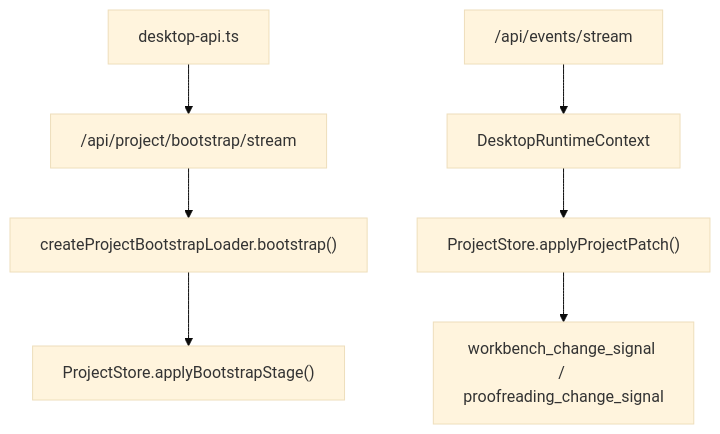
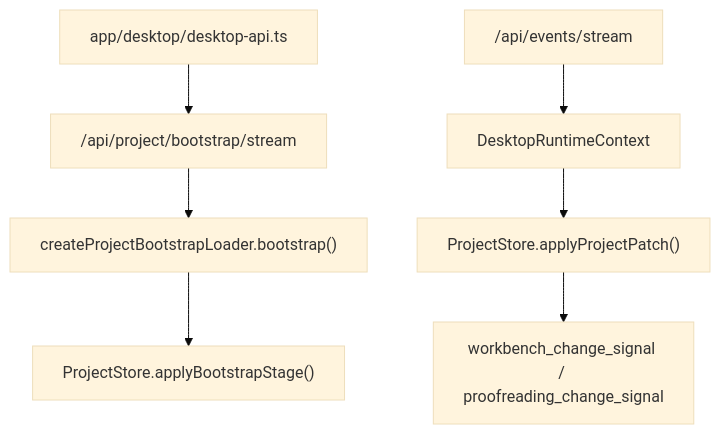
The second of 2 diagrams in docs/FRONTEND.md (neavo/LinguaGacha), drawn with Mermaid (base theme) before and after one commit. The commit also changed other lines of this file and 154 other files, not shown here.

````diff
--- a/docs/FRONTEND.md
+++ b/docs/FRONTEND.md
@@ -73,9 +73,9 @@
 ```mermaid
 flowchart TD
-    A["desktop-api.ts"] --> B["/api/project/bootstrap/stream"]
+    A["app/desktop/desktop-api.ts"] --> B["/api/project/bootstrap/stream"]
     B --> C["createProjectBootstrapLoader.bootstrap()"]
     C --> D["ProjectStore.applyBootstrapStage()"]
     E["/api/events/stream"] --> F["DesktopRuntimeContext"]
     F --> G["ProjectStore.applyProjectPatch()"]
     G --> H["workbench_change_signal / proofreading_change_signal"]
 ```
````
